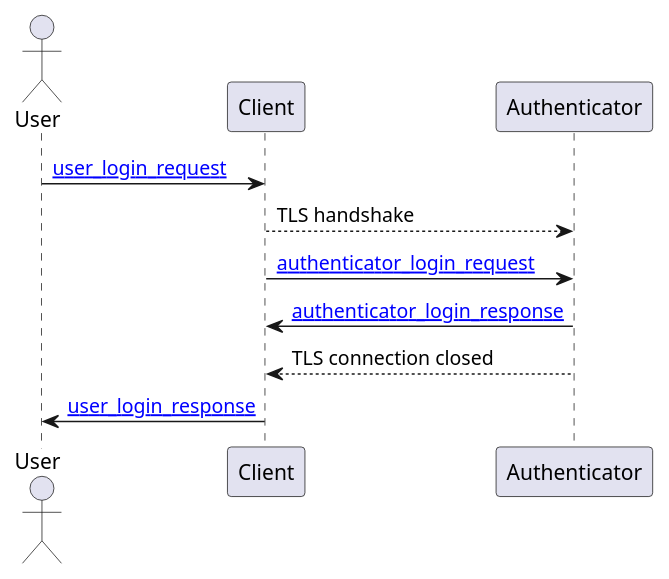
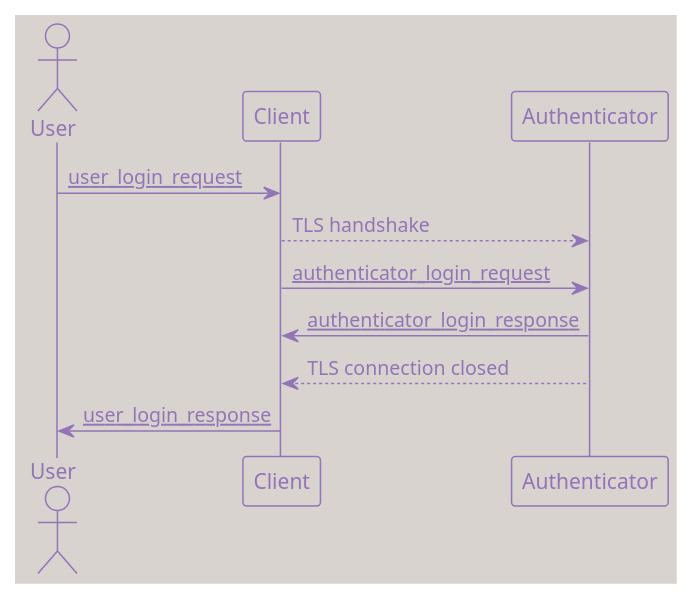
The first of 2 diagrams in docs/sequence.md (dgolbourn/eiko), drawn with PlantUML before and after one commit. The commit also changed other lines of this file, not shown here.

```diff
--- a/docs/sequence.md
+++ b/docs/sequence.md
@@ -5,11 +5,12 @@
 :::{plantuml}
-    @startuml
-    actor User
-    User -> Client : [[https://github.com/dgolbourn/eiko/blob/main/res/schemas/user_login_request.json user_login_request]]
-    Client --> Authenticator : TLS handshake
-    Client -> Authenticator : [[https://github.com/dgolbourn/eiko/blob/main/res/schemas/authenticator_login_request.json authenticator_login_request]]
-    Authenticator -> Client : [[https://github.com/dgolbourn/eiko/blob/main/res/schemas/authenticator_login_response.json authenticator_login_response]]
-    Client <-- Authenticator : TLS connection closed
-    Client -> User : [[https://github.com/dgolbourn/eiko/blob/main/res/schemas/user_login_response.json user_login_response]]
-    @enduml
+@startuml
+!theme mimeograph
+actor User
+User -> Client : [[https://github.com/dgolbourn/eiko/blob/main/res/schemas/user_login_request.json user_login_request]]
+Client --> Authenticator : TLS handshake
+Client -> Authenticator : [[https://github.com/dgolbourn/eiko/blob/main/res/schemas/authenticator_login_request.json authenticator_login_request]]
+Authenticator -> Client : [[https://github.com/dgolbourn/eiko/blob/main/res/schemas/authenticator_login_response.json authenticator_login_response]]
+Client <-- Authenticator : TLS connection closed
+Client -> User : [[https://github.com/dgolbourn/eiko/blob/main/res/schemas/user_login_response.json user_login_response]]
+@enduml
 :::
```
